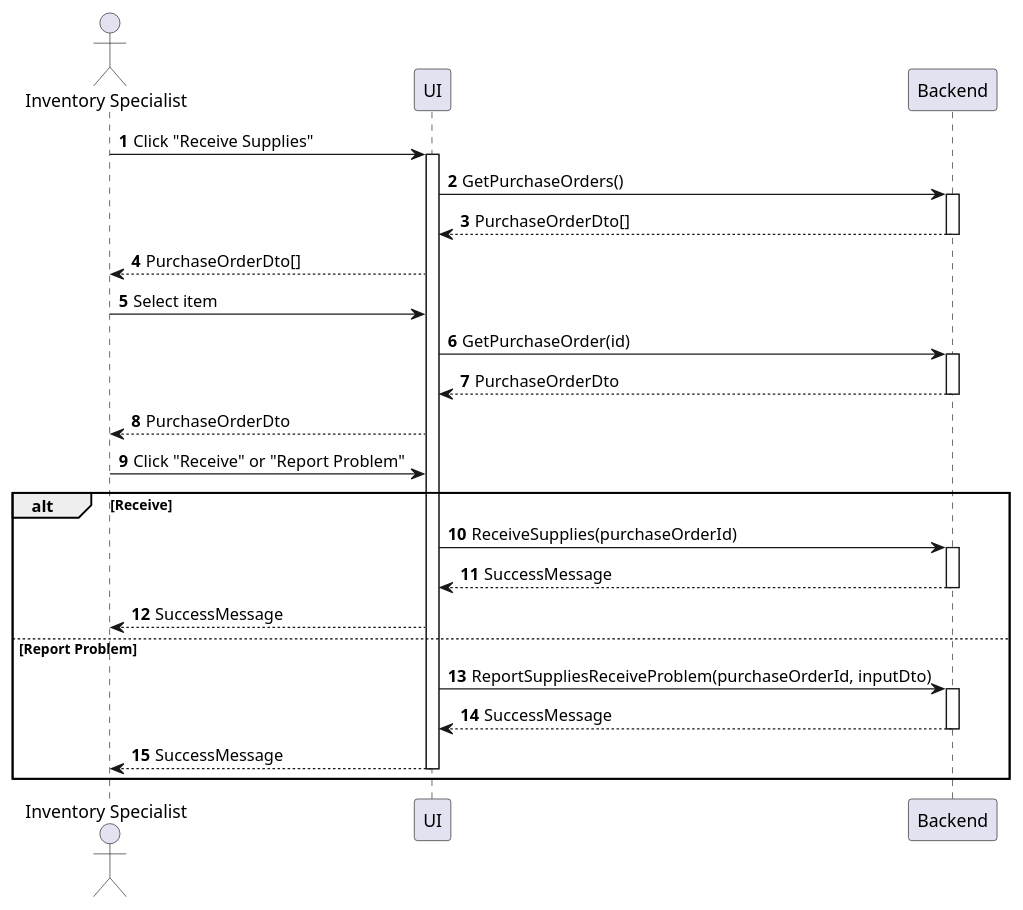
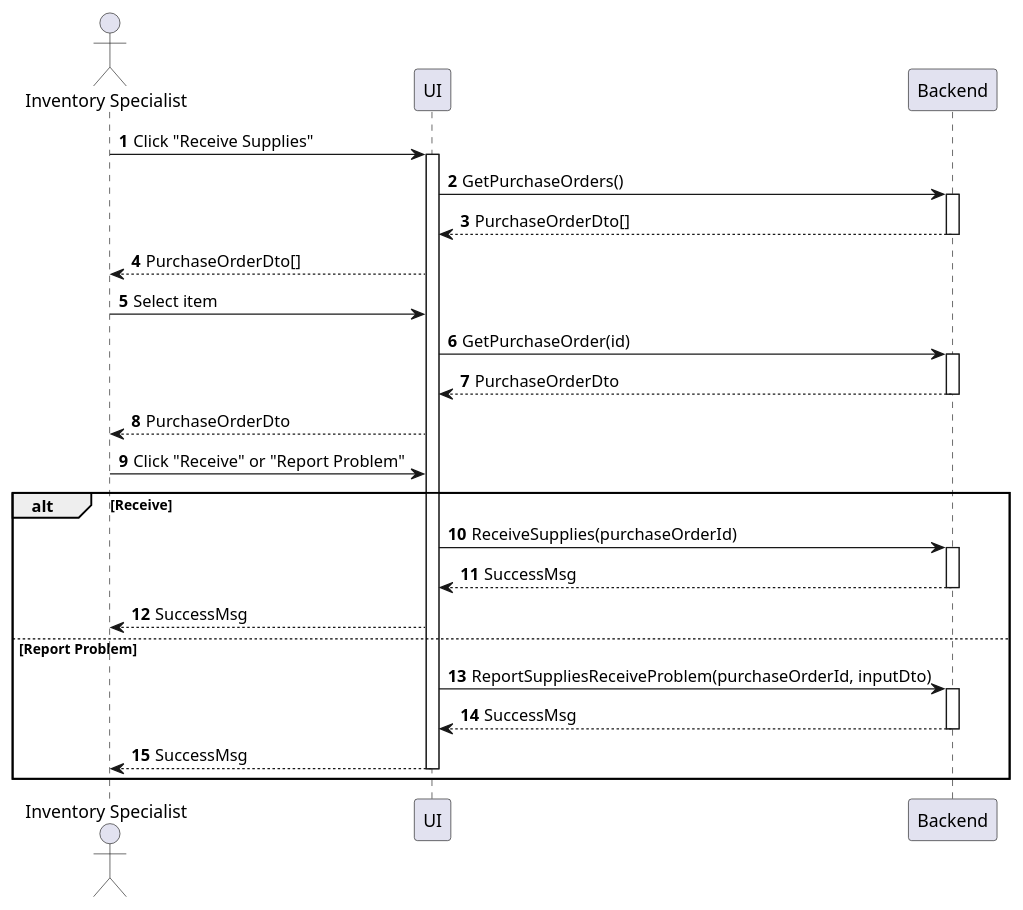
The diagram in sequences/inventory-supply-receive.plantuml (phihungha/scmss-reqs), drawn with PlantUML before and after one commit. The commit also changed 17 other files, not shown here.

```diff
--- a/sequences/inventory-supply-receive.plantuml
+++ b/sequences/inventory-supply-receive.plantuml
@@ -1,33 +1,33 @@
 @startuml inventory-supply-receive
 autonumber
 
 actor "Inventory Specialist" as a
 participant UI as f
 participant Backend as b
 
 a -> f : Click "Receive Supplies"
 activate f
 f -> b : GetPurchaseOrders()
 activate b
 return PurchaseOrderDto[]
 f --> a : PurchaseOrderDto[]
 a -> f : Select item
 f -> b : GetPurchaseOrder(id)
 activate b
 return PurchaseOrderDto
 f --> a : PurchaseOrderDto
 a -> f : Click "Receive" or "Report Problem"
 
 alt Receive
     f -> b : ReceiveSupplies(purchaseOrderId)
     activate b
-    return SuccessMessage
-    f --> a : SuccessMessage
+    return SuccessMsg
+    f --> a : SuccessMsg
 else Report Problem
     f -> b : ReportSuppliesReceiveProblem(purchaseOrderId, inputDto)
     activate b
-    return SuccessMessage
-    f --> a : SuccessMessage
+    return SuccessMsg
+    f --> a : SuccessMsg
     deactivate f
 end
 @enduml
```
